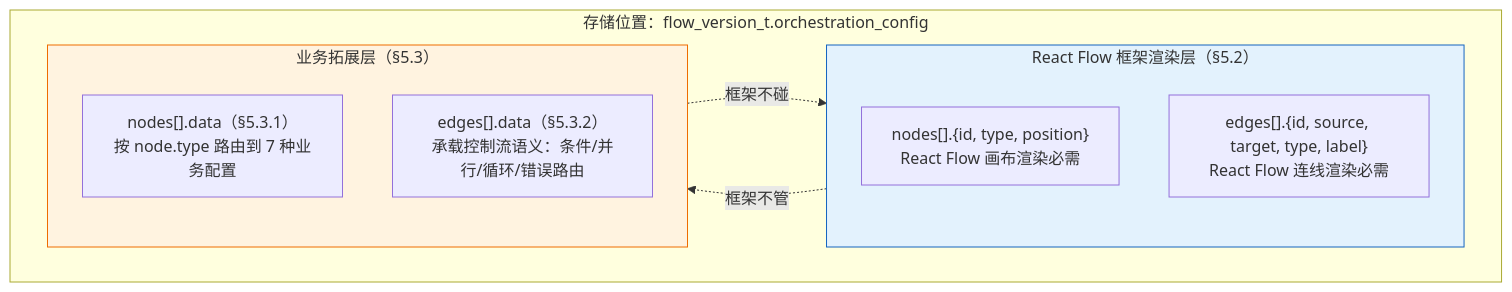
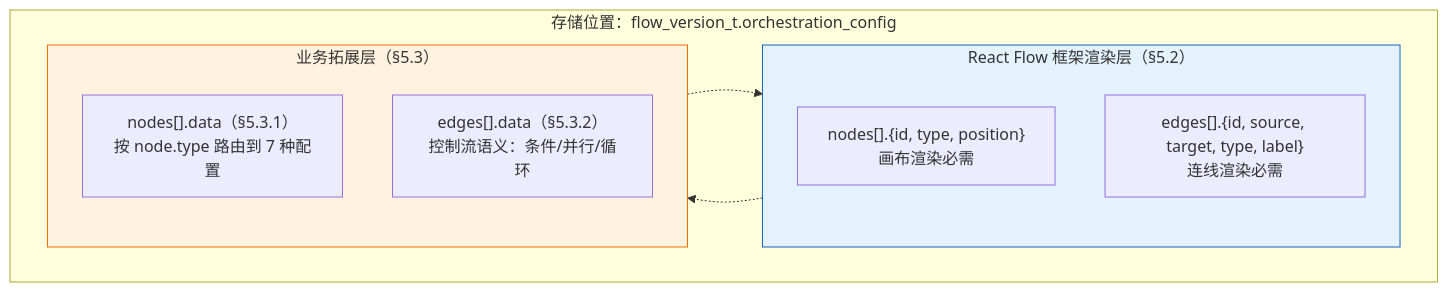
The second of 4 diagrams in .sddu/specs-tree-root/specs-tree-connector-platform-v2/plan-json-schema.md (THZSummer/open-app), drawn with Mermaid before and after one commit. The commit also changed other lines of this file, not shown here.

First line of the commit message:
docs(plan-json-schema): v7.1 章节结构重构

````diff
--- a/.sddu/specs-tree-root/specs-tree-connector-platform-v2/plan-json-schema.md
+++ b/.sddu/specs-tree-root/specs-tree-connector-platform-v2/plan-json-schema.md
@@ -1111,18 +1026,17 @@
 ```mermaid
 graph TB
     subgraph Storage["存储位置：flow_version_t.orchestration_config"]
         subgraph Framework["React Flow 框架渲染层（§5.2）"]
-            FN["nodes[].{id, type, position}<br/>React Flow 画布渲染必需"]
-            FE["edges[].{id, source, target, type, label}<br/>React Flow 连线渲染必需"]
+            FN["nodes[].{id, type, position}<br/>画布渲染必需"]
+            FE["edges[].{id, source, target, type, label}<br/>连线渲染必需"]
         end
         subgraph Business["业务拓展层（§5.3）"]
-            BND["nodes[].data（§5.3.1）<br/>按 node.type 路由到 7 种业务配置"]
-            BED["edges[].data（§5.3.2）<br/>承载控制流语义：条件/并行/循环/错误路由"]
+            BND["nodes[].data（§5.3.1）<br/>按 node.type 路由到 7 种配置"]
+            BED["edges[].data（§5.3.2）<br/>控制流语义：条件/并行/循环"]
         end
     end
-    Framework -.->|"框架不管"| Business
-    Business -.->|"框架不碰"| Framework
-
+    Framework -.-> Business
+    Business -.-> Framework
     style Framework fill:#e3f2fd,stroke:#1565c0
     style Business fill:#fff3e0,stroke:#ef6c00
 ```
````
